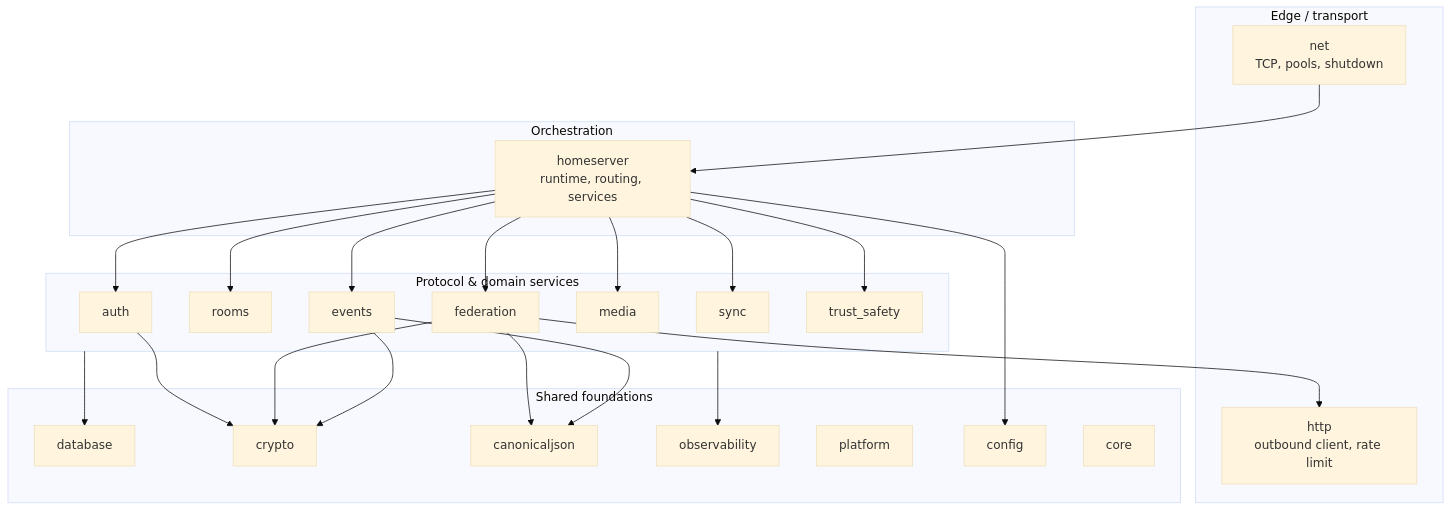
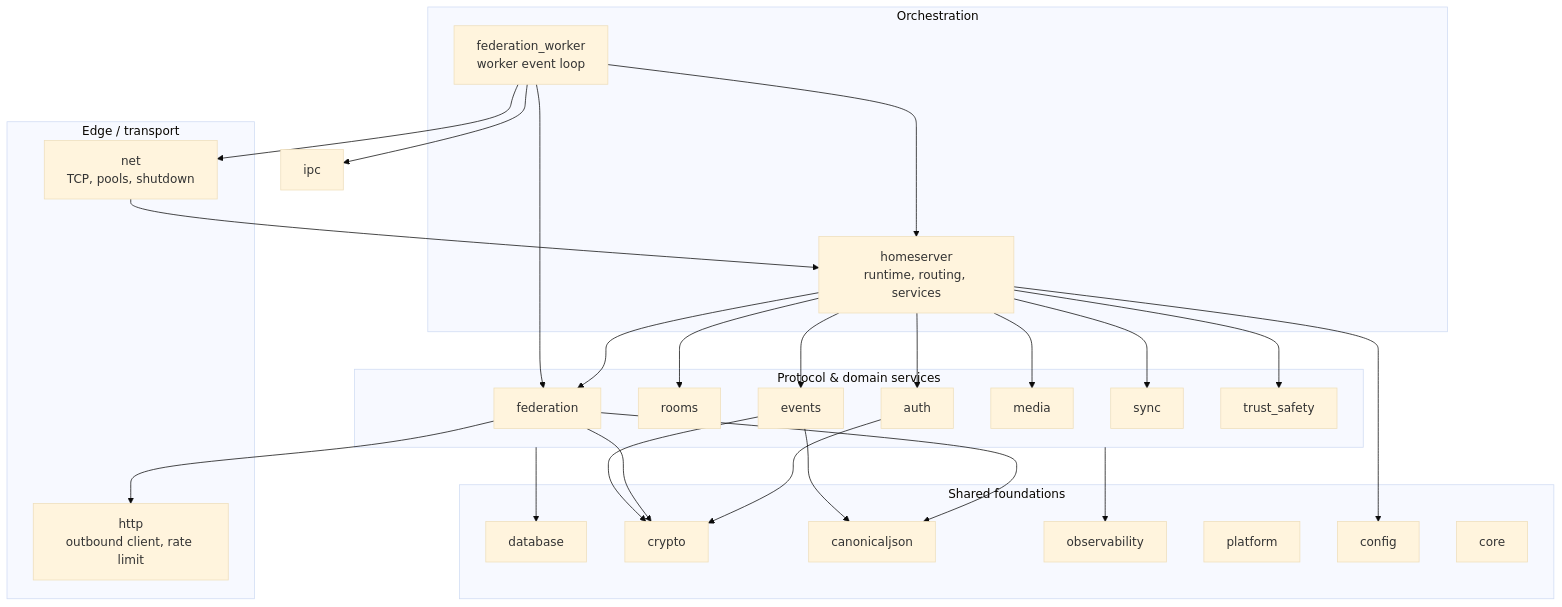
Before and after one commit to OMG-Software/Merovingian: the second of 6 diagrams in docs/architecture.md, drawn with Mermaid (base theme). The commit also changed other lines of this file and 1 other file, not shown here.

Commit message:
docs: update architecture overview (#356)

````diff
--- a/docs/architecture.md
+++ b/docs/architecture.md
@@ -81,38 +89,40 @@
 ```mermaid
 flowchart TB
     subgraph edge["Edge / transport"]
         net["net<br/>TCP, pools, shutdown"]
         http["http<br/>outbound client, rate limit"]
     end
     subgraph orchestration["Orchestration"]
         homeserver["homeserver<br/>runtime, routing, services"]
+        fedworker_mod["federation_worker<br/>worker event loop"]
     end
     subgraph services["Protocol & domain services"]
         auth["auth"]
         rooms["rooms"]
         events["events"]
         federation["federation"]
         media["media"]
         sync["sync"]
         trust_safety["trust_safety"]
     end
     subgraph foundations["Shared foundations"]
         database["database"]
         crypto["crypto"]
         canonicaljson["canonicaljson"]
         observability["observability"]
         platform["platform"]
         config["config"]
         core["core"]
     end
 
     net --> homeserver
+    fedworker_mod --> homeserver & federation & ipc & net
     homeserver --> auth & rooms & events & federation & media & sync & trust_safety
     federation --> http
     services --> database
     events --> crypto & canonicaljson
     federation --> crypto & canonicaljson
     auth --> crypto
     services --> observability
     homeserver --> config
 ```
````
